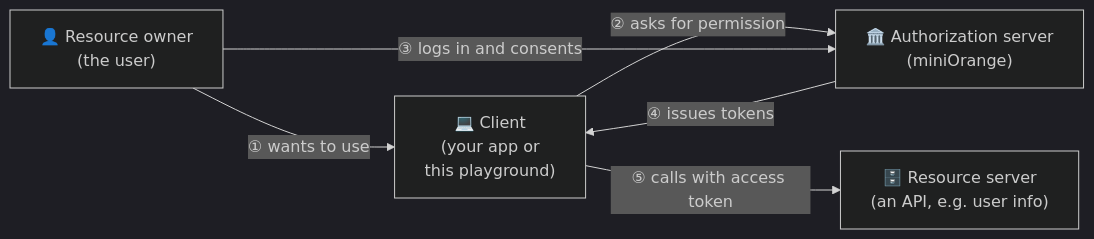
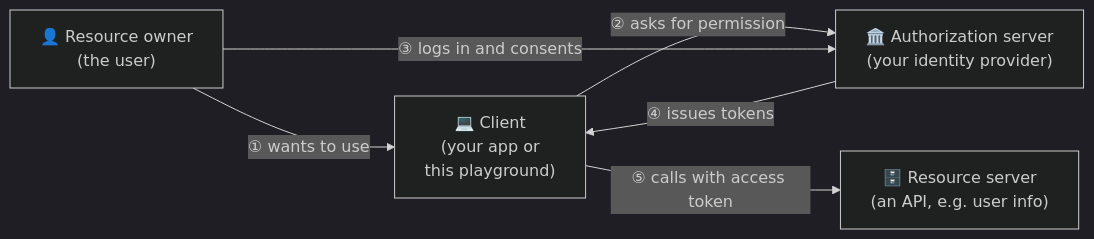
Before and after one commit to sudovex/oauth-playground: the first of 9 diagrams in README.md, drawn with Mermaid (dark theme). The commit also changed other lines of this file and 9 other files, not shown here.

````diff
--- a/README.md
+++ b/README.md
@@ -114,13 +119,13 @@
 ```mermaid
 flowchart LR
     U["👤 Resource owner<br/>(the user)"]
     C["💻 Client<br/>(your app or<br/>this playground)"]
-    AS["🏛️ Authorization server<br/>(miniOrange)"]
+    AS["🏛️ Authorization server<br/>(your identity provider)"]
     RS["🗄️ Resource server<br/>(an API, e.g. user info)"]
 
     U -- "① wants to use" --> C
     C -- "② asks for permission" --> AS
     U -- "③ logs in and consents" --> AS
     AS -- "④ issues tokens" --> C
     C -- "⑤ calls with access token" --> RS
 ```
````
